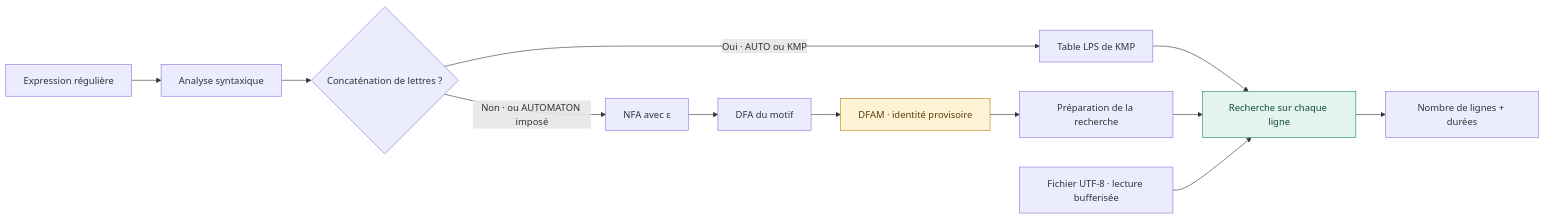
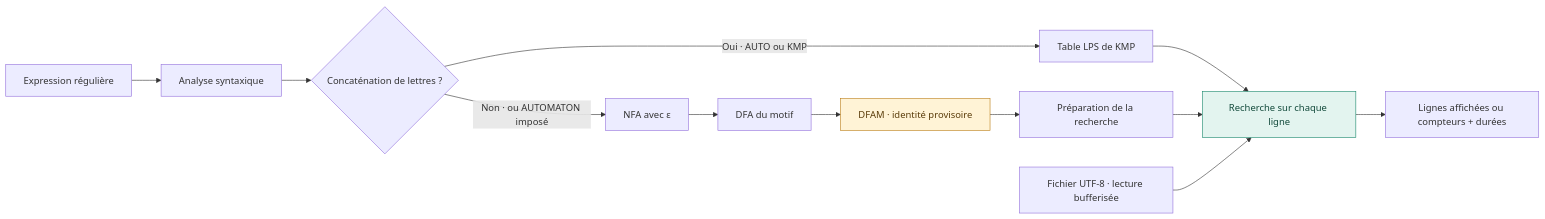
The diagram in README.md (YahyaMudallal/regex-search), drawn with Mermaid before and after one commit. The commit also changed other lines of this file and 10 other files, not shown here.

````diff
--- a/README.md
+++ b/README.md
@@ -87,16 +90,16 @@
 ```mermaid
 flowchart LR
     R["Expression régulière"] --> P["Analyse syntaxique"]
     P --> C{"Concaténation de lettres ?"}
     C -->|"Oui · AUTO ou KMP"| K["Table LPS de KMP"]
     C -->|"Non · ou AUTOMATON imposé"| N["NFA avec ε"]
     N --> D["DFA du motif"]
     D --> M["DFAM · identité provisoire"]
     M --> S["Préparation de la recherche"]
     K --> L["Recherche sur chaque ligne"]
     S --> L
     F["Fichier UTF-8 · lecture bufferisée"] --> L
-    L --> O["Nombre de lignes + durées"]
+    L --> O["Lignes affichées ou compteurs + durées"]
     style M fill:#fff3d6,stroke:#ba7b13,color:#5b3c0a
     style L fill:#e3f4ef,stroke:#16866b,color:#124a3b
 ```
````
